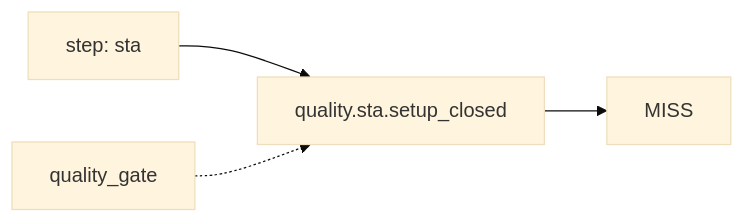
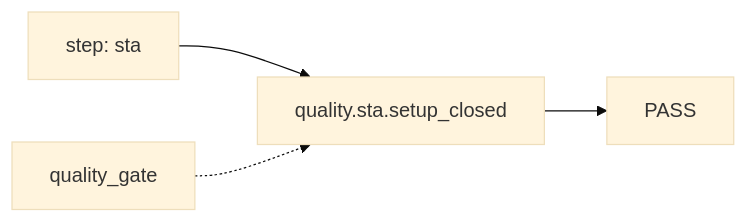
Before and after one commit to openecos-projects/ecc: diagram 15 of 56 in .github/signoff-board/signoff-kanban.md, drawn with Mermaid (base theme). The commit also changed other lines of this file and 1 other file, not shown here.

````diff
--- a/.github/signoff-board/signoff-kanban.md
+++ b/.github/signoff-board/signoff-kanban.md
@@ -444,6 +454,6 @@
 ```mermaid
 flowchart LR
   step_quality_sta_setup_closed["step: sta"] --> metric_quality_sta_setup_closed["quality.sta.setup_closed"]
-  metric_quality_sta_setup_closed --> state_quality_sta_setup_closed["MISS"]
+  metric_quality_sta_setup_closed --> state_quality_sta_setup_closed["PASS"]
   cat_quality_sta_setup_closed["quality_gate"] -.-> metric_quality_sta_setup_closed
 ```
````
